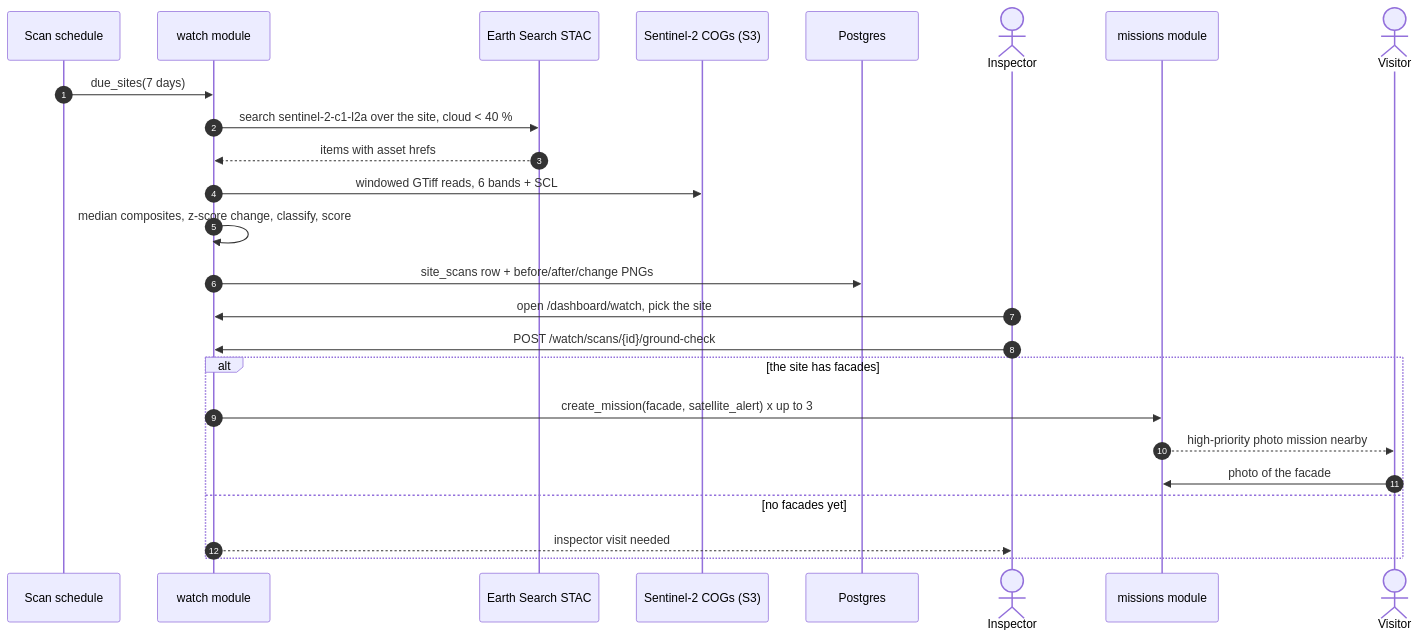
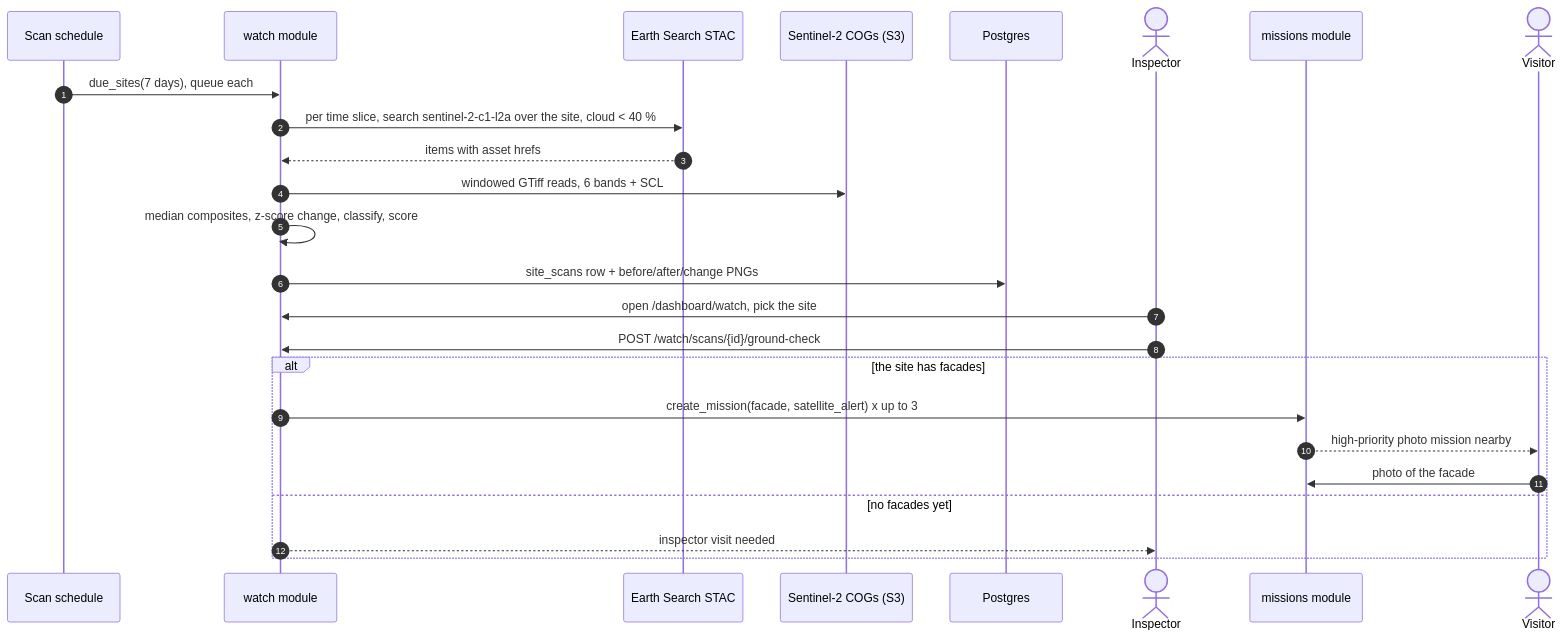
Before and after one commit to Muath477/Athar: diagram 11 of 11 in docs/11-uml.md, drawn with Mermaid. The commit also changed 19 other files, not shown here.

````diff
--- a/docs/11-uml.md
+++ b/docs/11-uml.md
@@ -382,28 +382,28 @@
 ```mermaid
 sequenceDiagram
   autonumber
   participant Cron as Scan schedule
   participant Watch as watch module
   participant STAC as Earth Search STAC
   participant COG as Sentinel-2 COGs (S3)
   participant DB as Postgres
   actor Inspector
   participant Missions as missions module
   actor Visitor
 
-  Cron->>Watch: due_sites(7 days)
-  Watch->>STAC: search sentinel-2-c1-l2a over the site, cloud < 40 %
+  Cron->>Watch: due_sites(7 days), queue each
+  Watch->>STAC: per time slice, search sentinel-2-c1-l2a over the site, cloud < 40 %
   STAC-->>Watch: items with asset hrefs
   Watch->>COG: windowed GTiff reads, 6 bands + SCL
   Watch->>Watch: median composites, z-score change, classify, score
   Watch->>DB: site_scans row + before/after/change PNGs
   Inspector->>Watch: open /dashboard/watch, pick the site
   Inspector->>Watch: POST /watch/scans/{id}/ground-check
   alt the site has facades
     Watch->>Missions: create_mission(facade, satellite_alert) x up to 3
     Missions-->>Visitor: high-priority photo mission nearby
     Visitor->>Missions: photo of the facade
   else no facades yet
     Watch-->>Inspector: inspector visit needed
   end
 ```
````
